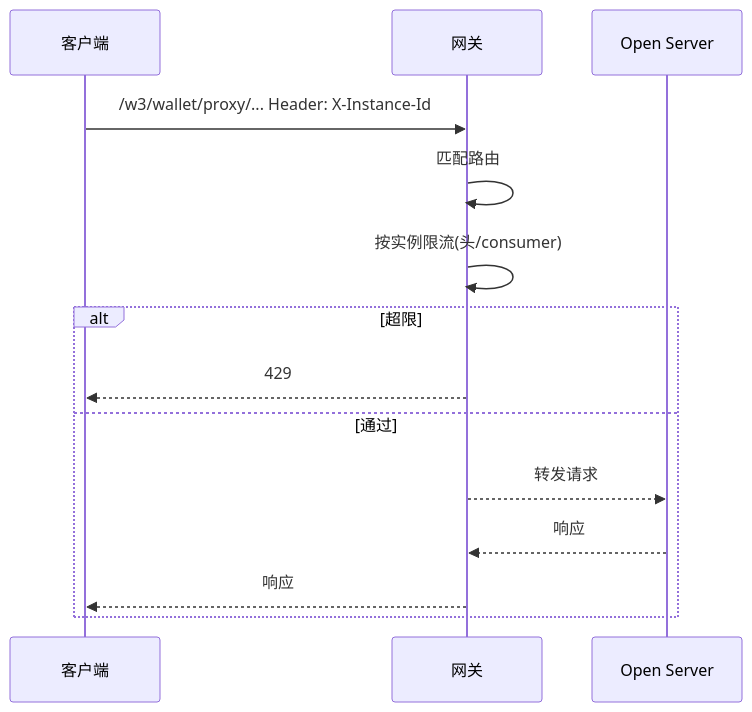
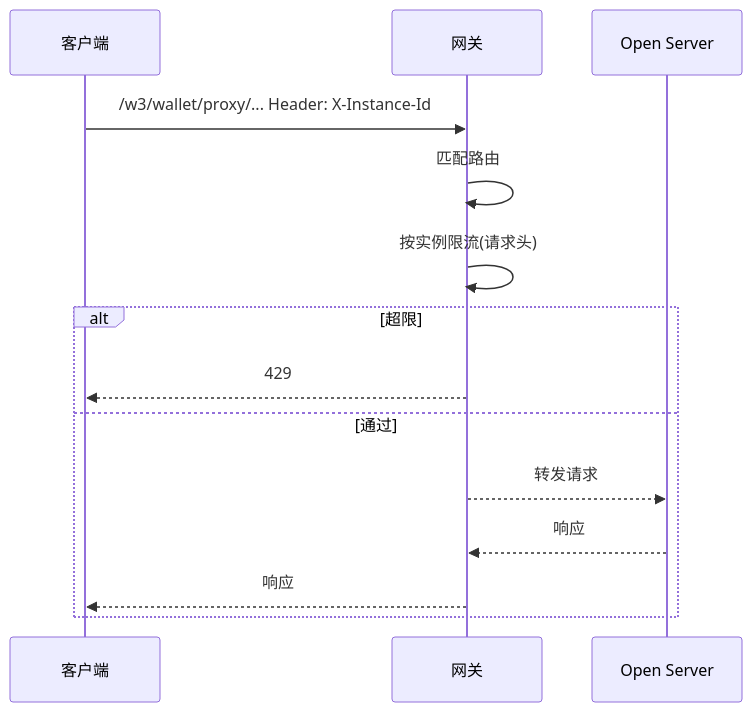
Before and after one commit to yingjianzh/iodraw-files: the diagram in all/未命名-4.md, drawn with Mermaid.

Commit message:
2025-10-16 14:23:37 update

````diff
--- a/all/未命名-4.md
+++ b/all/未命名-4.md
@@ -1,17 +1,17 @@
 ```mermaid
 sequenceDiagram
     participant Client as 客户端
     participant Kong as 网关
     participant Open as Open Server
 
     Client->>Kong: /w3/wallet/proxy/...  Header: X-Instance-Id
     Kong->>Kong: 匹配路由
-    Kong->>Kong: 按实例限流(头/consumer)
+    Kong->>Kong: 按实例限流(请求头)
     alt 超限
       Kong-->>Client: 429
     else 通过
       Kong-->>Open: 转发请求
       Open-->>Kong: 响应
       Kong-->>Client: 响应
     end
 ```
````
